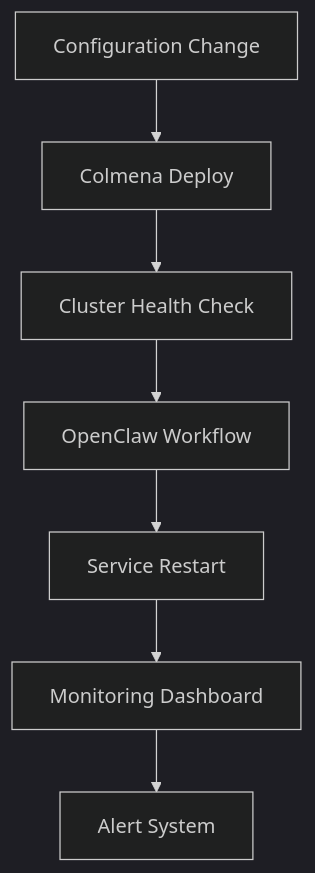
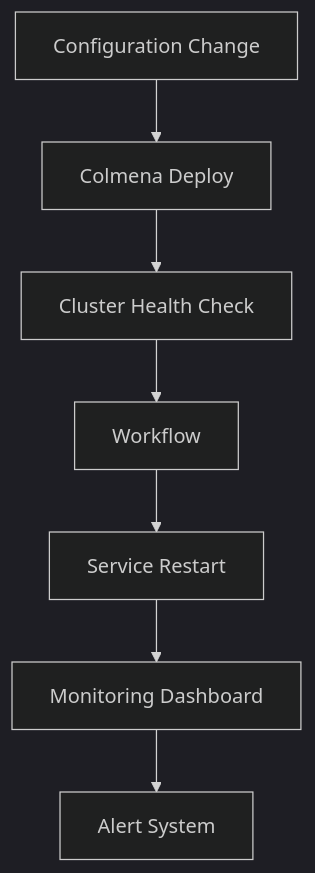
The second of 3 diagrams in docs/PROJECT-ANALYSIS.md (reverb256/nixos-config), drawn with Mermaid (dark theme) before and after one commit. The commit also changed other lines of this file and 82 other files, not shown here.

````diff
--- a/docs/PROJECT-ANALYSIS.md
+++ b/docs/PROJECT-ANALYSIS.md
@@ -279,9 +279,9 @@
 ```mermaid
 graph TD
     A[Configuration Change] --> B[Colmena Deploy]
     B --> C[Cluster Health Check]
-    C --> D[OpenClaw Workflow]
+    C --> D[ Workflow]
     D --> E[Service Restart]
     E --> F[Monitoring Dashboard]
     F --> G[Alert System]
 ```
````
